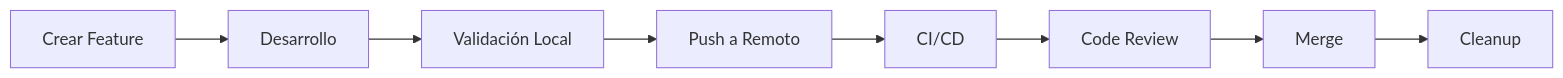
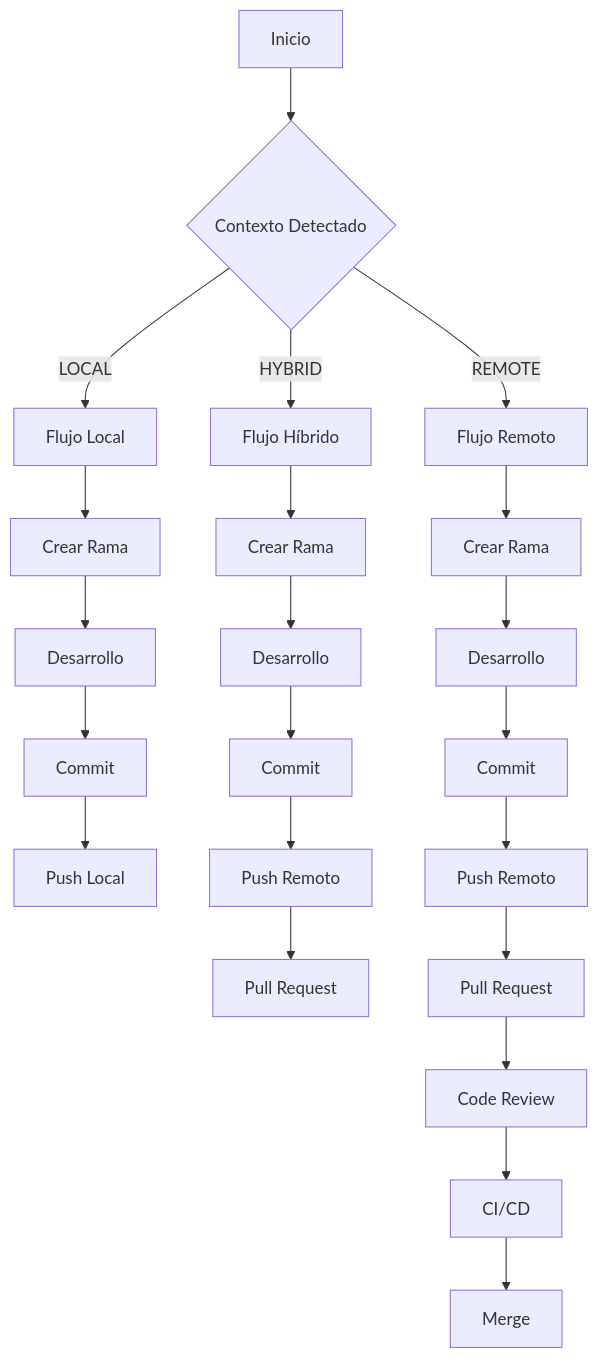
Before and after one commit to maurorosero/bintools: the second of 6 diagrams in docs/manual-git-branch-tools.md, drawn with Mermaid. The commit also changed other lines of this file, not shown here.

````diff
--- a/docs/manual-git-branch-tools.md
+++ b/docs/manual-git-branch-tools.md
@@ -339,10 +137,27 @@
 ```mermaid
-graph LR
-    A[Crear Feature] --> B[Desarrollo]
-    B --> C[Validación Local]
-    C --> D[Push a Remoto]
-    D --> E[CI/CD]
-    E --> F[Code Review]
-    F --> G[Merge]
-    G --> H[Cleanup]
+graph TD
+    A[Inicio] --> B{Contexto Detectado}
+    B -->|LOCAL| C[Flujo Local]
+    B -->|HYBRID| D[Flujo Híbrido]
+    B -->|REMOTE| E[Flujo Remoto]
+
+    C --> F[Crear Rama]
+    F --> G[Desarrollo]
+    G --> H[Commit]
+    H --> I[Push Local]
+
+    D --> J[Crear Rama]
+    J --> K[Desarrollo]
+    K --> L[Commit]
+    L --> M[Push Remoto]
+    M --> N[Pull Request]
+
+    E --> O[Crear Rama]
+    O --> P[Desarrollo]
+    P --> Q[Commit]
+    Q --> R[Push Remoto]
+    R --> S[Pull Request]
+    S --> T[Code Review]
+    T --> U[CI/CD]
+    U --> V[Merge]
 ```
````
